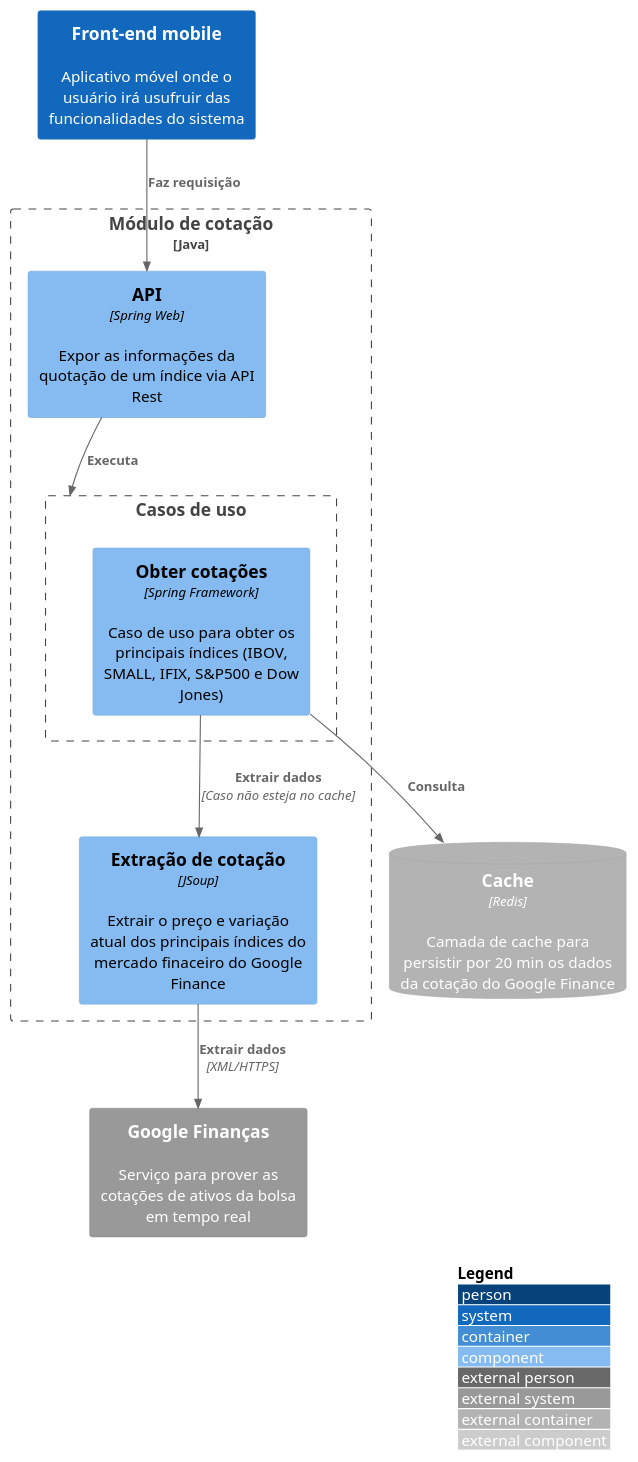
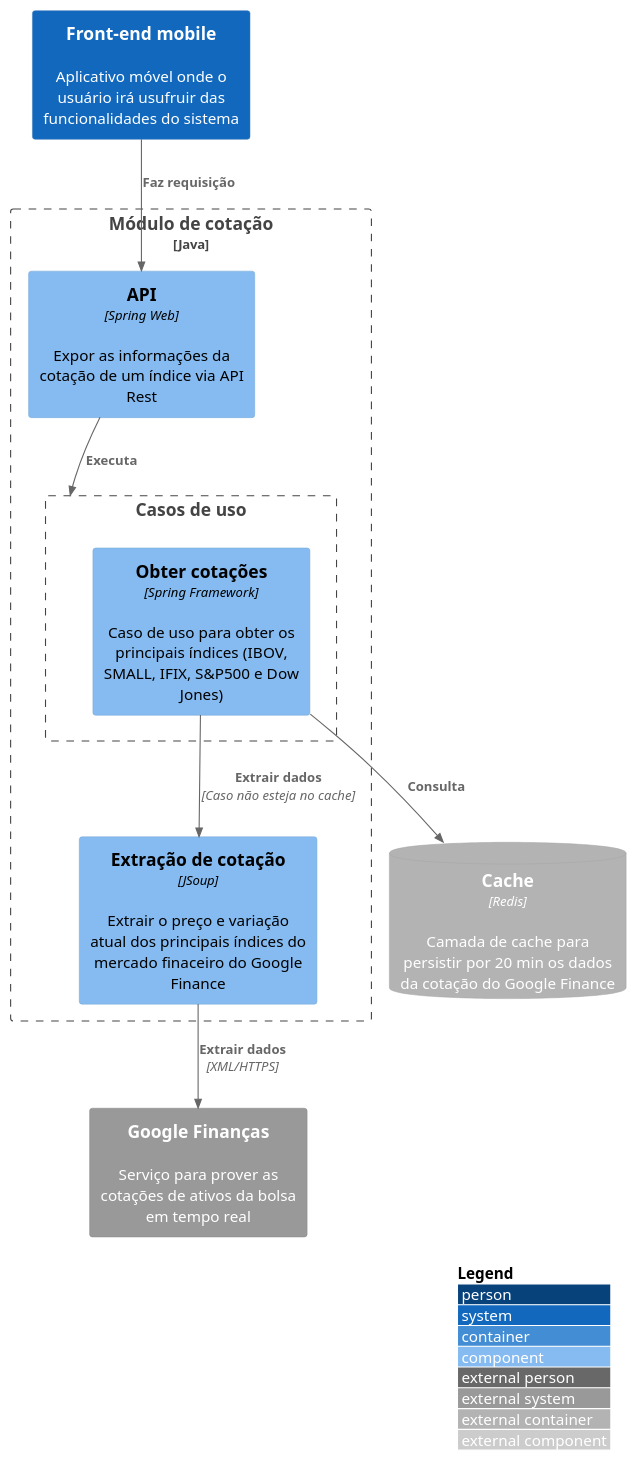
Before and after one commit to Open-3A/3A-c4-model: the diagram in C3 Components/Back-end/Módulo de cotação/quotation_module.puml, drawn with PlantUML. The commit also changed 8 other files, not shown here.

Commit message:
refactor: grammar correction and diagrams hot fix

```diff
--- a/C3 Components/Back-end/Módulo de cotação/quotation_module.puml
+++ b/C3 Components/Back-end/Módulo de cotação/quotation_module.puml
@@ -1,27 +1,27 @@
 @startuml Quotation Module
 
 !include https://raw.githubusercontent.com/adrianvlupu/C4-PlantUML/latest/C4_Component.puml
 
 LAYOUT_WITH_LEGEND()
 
 System(mobile, "Front-end mobile", "Aplicativo móvel onde o usuário irá usufruir das funcionalidades do sistema")
 System_Ext(google_finance, "Google Finanças", "Serviço para prover as cotações de ativos da bolsa em tempo real")
 
 ContainerDb_Ext(redis, "Cache", "Redis", "Camada de cache para persistir por 20 min os dados da cotação do Google Finance")
 
 Boundary(quotation_module, "Módulo de cotação", "Java"){
   Component(quotation_scrapper, "Extração de cotação", "JSoup", "Extrair o preço e variação atual dos principais índices do mercado finaceiro do Google Finance")
-  Component(quotation_api, "API", "Spring Web", "Expor as informações da quotação de um índice via API Rest")
+  Component(quotation_api, "API", "Spring Web", "Expor as informações da cotação de um índice via API Rest")
 
   Boundary(quotation_usescases, "Casos de uso"){
     Component(get_quotations_usecase, "Obter cotações", "Spring Framework", "Caso de uso para obter os principais índices (IBOV, SMALL, IFIX, S&P500 e Dow Jones)")
   }
 }
 
 Rel(mobile, quotation_api, "Faz requisição")
 Rel(quotation_scrapper, google_finance, "Extrair dados", "XML/HTTPS")
 Rel(get_quotations_usecase, redis, "Consulta")
 Rel(get_quotations_usecase, quotation_scrapper, "Extrair dados", "Caso não esteja no cache")
 Rel(quotation_api, quotation_usescases, "Executa")
 
 @enduml
```
